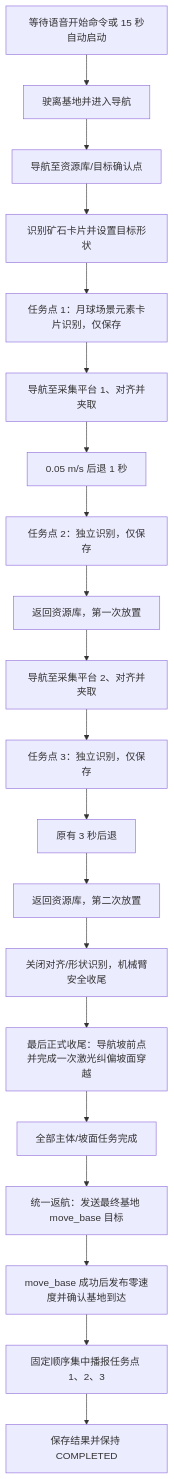
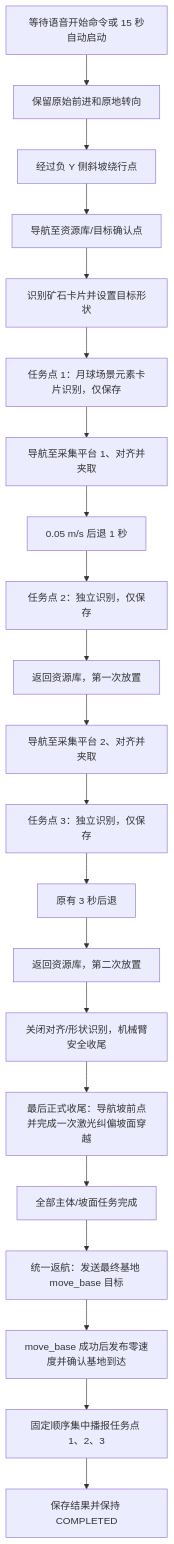
Before and after one commit to zhutongkun/yueqiu: the second of 3 diagrams in docs/current_competition_architecture.md, drawn with Mermaid. The commit also changed other lines of this file and 6 other files, not shown here.

````diff
--- a/docs/current_competition_architecture.md
+++ b/docs/current_competition_architecture.md
@@ -66,22 +67,23 @@
 ```mermaid
 flowchart TD
-    S["等待语音开始命令或 15 秒自动启动"] --> D0["驶离基地并进入导航"]
-    D0 --> D1["导航至资源库/目标确认点"]
+    S["等待语音开始命令或 15 秒自动启动"] --> D0["保留原始前进和原地转向"]
+    D0 --> SAFE0["经过负 Y 侧斜坡绕行点"]
+    SAFE0 --> D1["导航至资源库/目标确认点"]
     D1 --> TGT["识别矿石卡片并设置目标形状"]
     TGT --> M1["任务点 1：月球场景元素卡片识别，仅保存"]
     M1 --> P1["导航至采集平台 1、对齐并夹取"]
     P1 --> BACK1["0.05 m/s 后退 1 秒"]
     BACK1 --> M2["任务点 2：独立识别，仅保存"]
     M2 --> PLACE1["返回资源库，第一次放置"]
     PLACE1 --> P2["导航至采集平台 2、对齐并夹取"]
     P2 --> M3["任务点 3：独立识别，仅保存"]
     M3 --> REMAIN["原有 3 秒后退"]
     REMAIN --> PLACE2["返回资源库，第二次放置"]
     PLACE2 --> CLOSE["关闭对齐/形状识别，机械臂安全收尾"]
     CLOSE --> RAMPDONE["最后正式收尾：导航坡前点并完成一次激光纠偏坡面穿越"]
     RAMPDONE --> BODYDONE["全部主体/坡面任务完成"]
     BODYDONE --> RETURN["统一返航：发送最终基地 move_base 目标"]
     RETURN --> BASE["move_base 成功后发布零速度并确认基地到达"]
     BASE --> ANN["固定顺序集中播报任务点 1、2、3"]
     ANN --> DONE["保存结果并保持 COMPLETED"]
 ```
````
